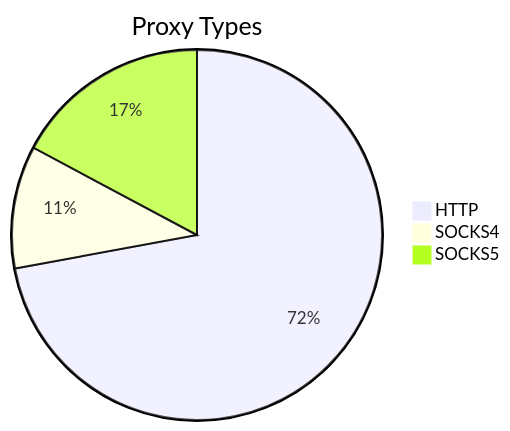
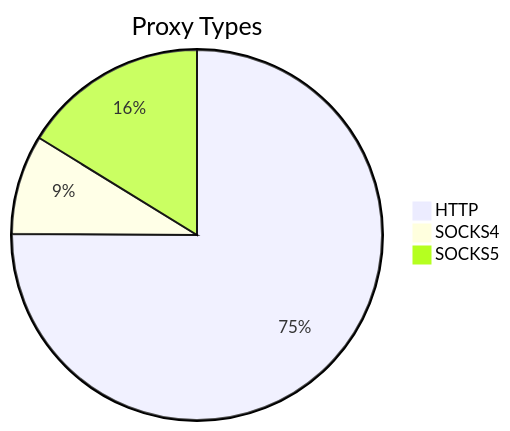
Before and after one commit to stormsia/proxy-list: the first of 2 diagrams in README.md, drawn with Mermaid. The commit also changed other lines of this file, not shown here.

````diff
--- a/README.md
+++ b/README.md
@@ -21,6 +21,6 @@
 ```mermaid
 pie title Proxy Types
-    "HTTP" : 411
-    "SOCKS4" : 61
-    "SOCKS5" : 98
+    "HTTP" : 389
+    "SOCKS4" : 45
+    "SOCKS5" : 84
 ```
````
